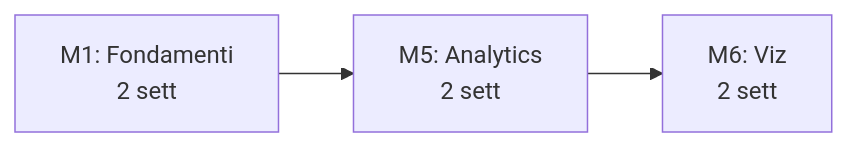
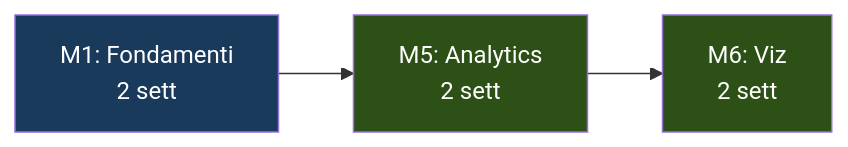
One commit to AndreyBertasini/gynnitech changed the fourth of 4 diagrams in src/content/corso/panoramica/mappe-concettuali.mdx. Above: the diagram before and after it, drawn with Mermaid. The commit also changed other lines of this file and 21 other files, not shown here.

First line of the commit message:
style: applica color scheme semantico a tutti i diagrammi Mermaid del corso

````diff
--- a/src/content/corso/panoramica/mappe-concettuali.mdx
+++ b/src/content/corso/panoramica/mappe-concettuali.mdx
@@ -65,5 +80,8 @@
 ```mermaid
 graph LR
-    A["M1: Fondamenti<br>2 sett"] --> B["M5: Analytics<br>2 sett"] 
+    A["M1: Fondamenti<br>2 sett"] --> B["M5: Analytics<br>2 sett"]
     --> C["M6: Viz<br>2 sett"]
+    style A fill:#1a3a5c,color:#ffffff
+    style B fill:#2d5016,color:#ffffff
+    style C fill:#2d5016,color:#ffffff
 ```
````
